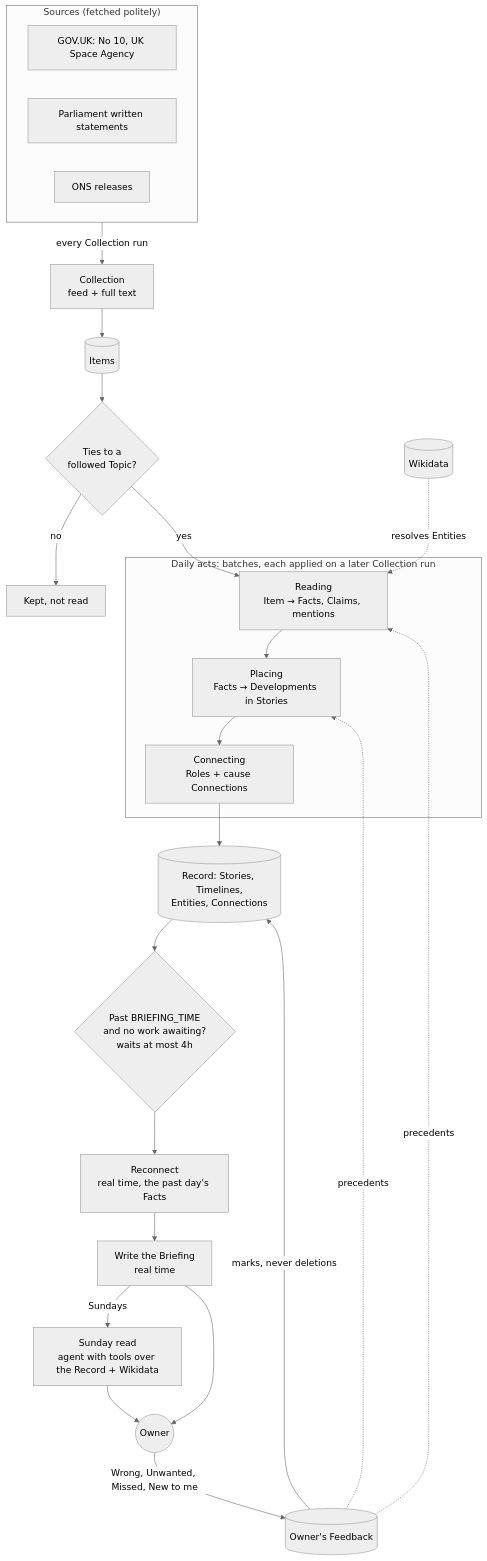
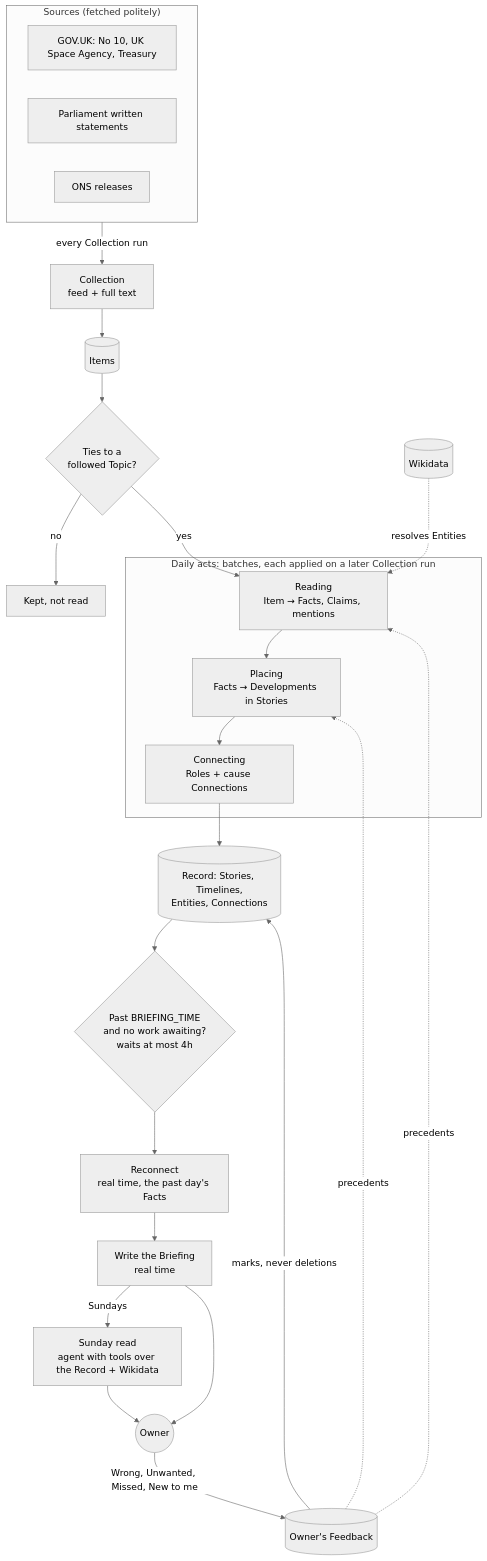
Before and after one commit to samthorold/go-slow: the diagram in README.md, drawn with Mermaid (neutral theme). The commit also changed 6 other files, not shown here.

````diff
--- a/README.md
+++ b/README.md
@@ -13,37 +13,37 @@
 ```mermaid
 flowchart TD
     subgraph Sources["Sources (fetched politely)"]
-        GOV[GOV.UK: No 10, UK Space Agency]
+        GOV[GOV.UK: No 10, UK Space Agency, Treasury]
         PARL[Parliament written statements]
         ONS[ONS releases]
     end
 
     Sources -->|every Collection run| COLLECT[Collection<br/>feed + full text]
     COLLECT --> ITEMS[(Items)]
     ITEMS --> TOPIC{Ties to a<br/>followed Topic?}
     TOPIC -->|no| IDLE[Kept, not read]
     TOPIC -->|yes| READ
 
     subgraph Batches["Daily acts: batches, each applied on a later Collection run"]
         READ[Reading<br/>Item → Facts, Claims, mentions]
         PLACE[Placing<br/>Facts → Developments in Stories]
         CONNECT[Connecting<br/>Roles + cause Connections]
         READ --> PLACE --> CONNECT
     end
 
     WD[(Wikidata)] -.->|resolves Entities| READ
     FB[(Owner's Feedback)] -.->|precedents| READ
     FB -.->|precedents| PLACE
 
     CONNECT --> RECORD[(Record: Stories, Timelines,<br/>Entities, Connections)]
 
     RECORD --> WAIT{Past BRIEFING_TIME<br/>and no work awaiting?<br/>waits at most 4h}
     WAIT --> RECON[Reconnect<br/>real time, the past day's Facts]
     RECON --> BRIEF[Write the Briefing<br/>real time]
     BRIEF -->|Sundays| SUNDAY[Sunday read<br/>agent with tools over the Record + Wikidata]
 
     BRIEF --> OWNER((Owner))
     SUNDAY --> OWNER
     OWNER -->|Wrong, Unwanted, Missed, New to me| FB
     FB -->|marks, never deletions| RECORD
 ```
````
